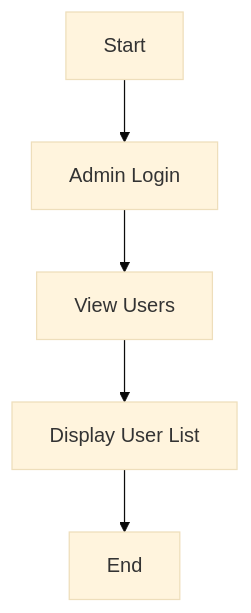
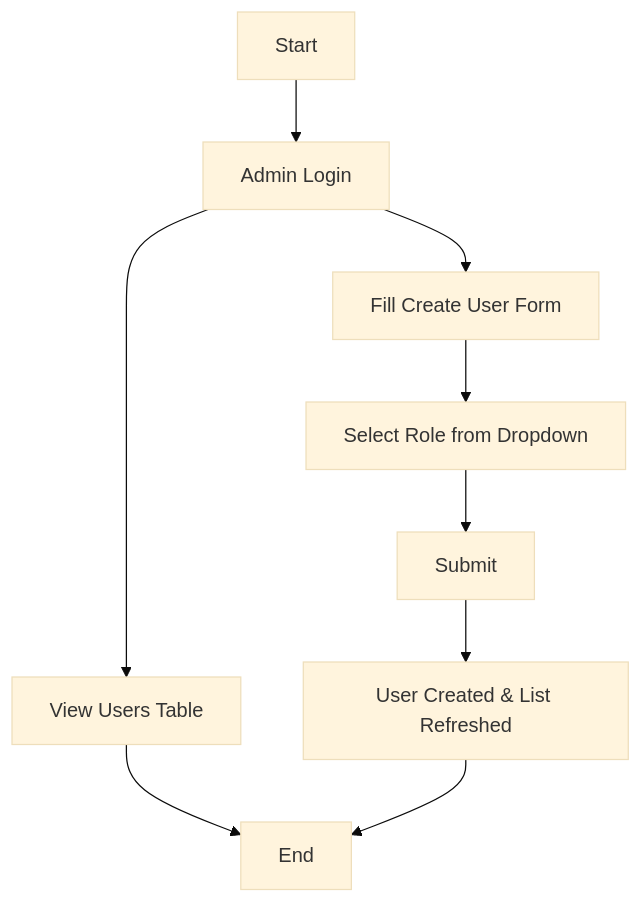
One commit to laveshgaur/LearnFlow changed the sixth of 6 diagrams in FUNCTIONAL_DOCUMENT.md. Above: the diagram before and after it, drawn with Mermaid (base theme). The commit also changed other lines of this file and 11 other files, not shown here.

Commit message:
"Added_Functionality_To_Delete_Videos_and_Updated_Course_View_and_Updated_Admin_Create_User_CSS"

````diff
--- a/FUNCTIONAL_DOCUMENT.md
+++ b/FUNCTIONAL_DOCUMENT.md
@@ -185,7 +228,11 @@
 ```mermaid
 flowchart TD
 A[Start] --> B[Admin Login]
-B --> C[View Users]
-C --> D[Display User List]
-D --> E[End]
+B --> C[View Users Table]
+B --> D[Fill Create User Form]
+D --> E[Select Role from Dropdown]
+E --> F[Submit]
+F --> G[User Created & List Refreshed]
+C --> H[End]
+G --> H
 ```
````
